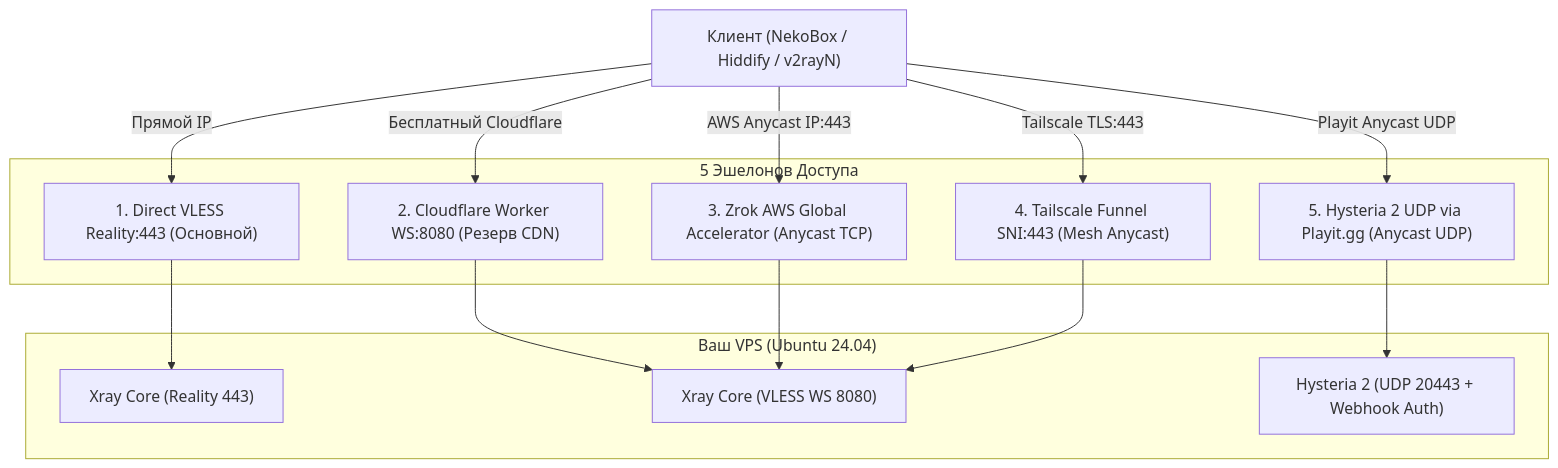
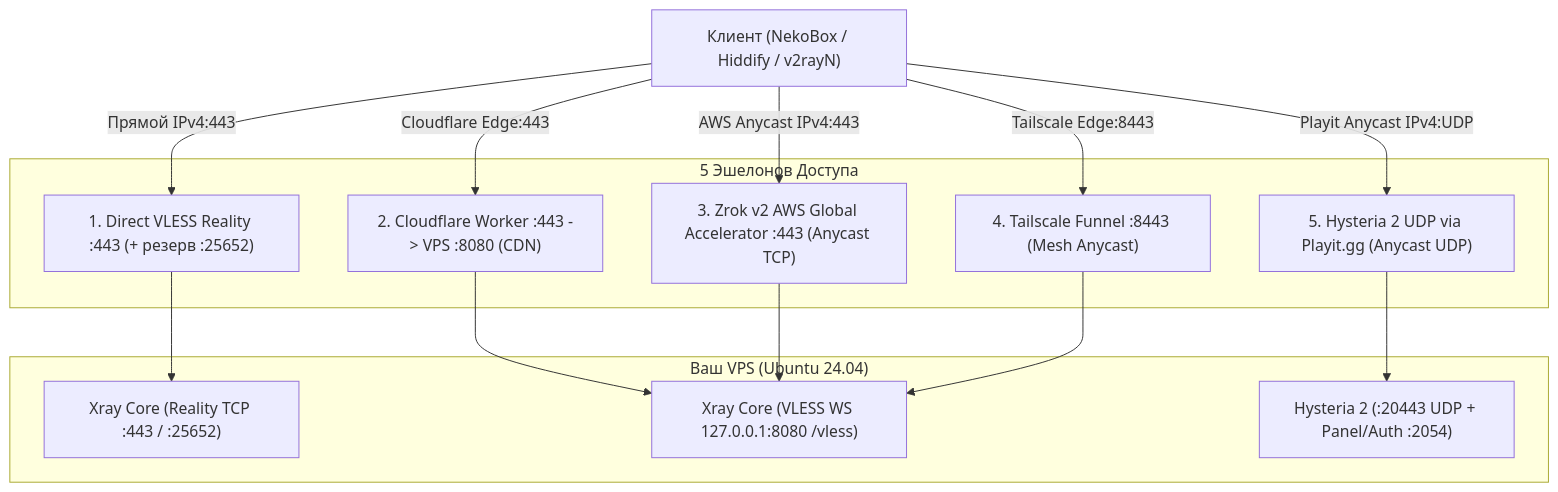
Before and after one commit to darenn46-cloud/AntiBlock_IPv4_VPS_Free: the diagram in README.md, drawn with Mermaid. The commit also changed other lines of this file and 12 other files, not shown here.

Commit message:
Fix port 443 conflict (Tailscale 8443 / Reality 443), fix CF Worker WS relay, zrok2 & setup scripts

````diff
--- a/README.md
+++ b/README.md
@@ -48,24 +48,24 @@
 ```mermaid
 flowchart TD
     Client["Клиент (NekoBox / Hiddify / v2rayN)"]
 
     subgraph Echelons ["5 Эшелонов Доступа"]
-        E1["1. Direct VLESS Reality:443 (Основной)"]
-        E2["2. Cloudflare Worker WS:8080 (Резерв CDN)"]
-        E3["3. Zrok AWS Global Accelerator (Anycast TCP)"]
-        E4["4. Tailscale Funnel SNI:443 (Mesh Anycast)"]
+        E1["1. Direct VLESS Reality :443 (+ резерв :25652)"]
+        E2["2. Cloudflare Worker :443 -> VPS :8080 (CDN)"]
+        E3["3. Zrok v2 AWS Global Accelerator :443 (Anycast TCP)"]
+        E4["4. Tailscale Funnel :8443 (Mesh Anycast)"]
         E5["5. Hysteria 2 UDP via Playit.gg (Anycast UDP)"]
     end
 
     subgraph VPS ["Ваш VPS (Ubuntu 24.04)"]
-        XrayReality["Xray Core (Reality 443)"]
-        XrayWS["Xray Core (VLESS WS 8080)"]
-        Hysteria["Hysteria 2 (UDP 20443 + Webhook Auth)"]
+        XrayReality["Xray Core (Reality TCP :443 / :25652)"]
+        XrayWS["Xray Core (VLESS WS 127.0.0.1:8080 /vless)"]
+        Hysteria["Hysteria 2 (:20443 UDP + Panel/Auth :2054)"]
     end
 
-    Client -->|Прямой IP| E1 --> XrayReality
-    Client -->|Бесплатный Cloudflare| E2 --> XrayWS
-    Client -->|AWS Anycast IP:443| E3 --> XrayWS
-    Client -->|Tailscale TLS:443| E4 --> XrayWS
-    Client -->|Playit Anycast UDP| E5 --> Hysteria
+    Client -->|Прямой IPv4:443| E1 --> XrayReality
+    Client -->|Cloudflare Edge:443| E2 --> XrayWS
+    Client -->|AWS Anycast IPv4:443| E3 --> XrayWS
+    Client -->|Tailscale Edge:8443| E4 --> XrayWS
+    Client -->|Playit Anycast IPv4:UDP| E5 --> Hysteria
 ```
````
